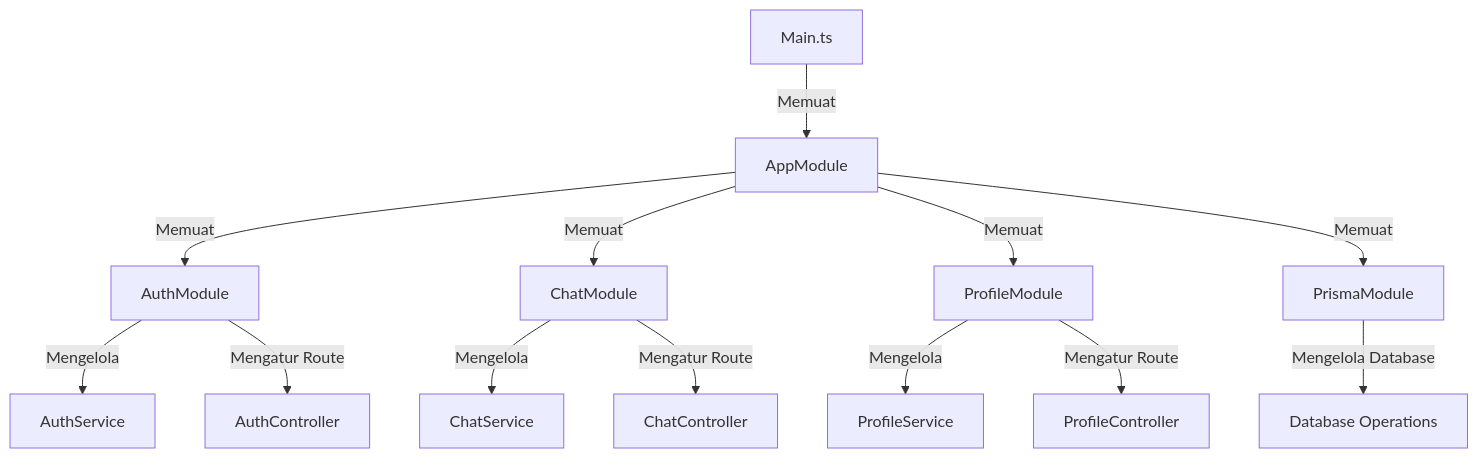
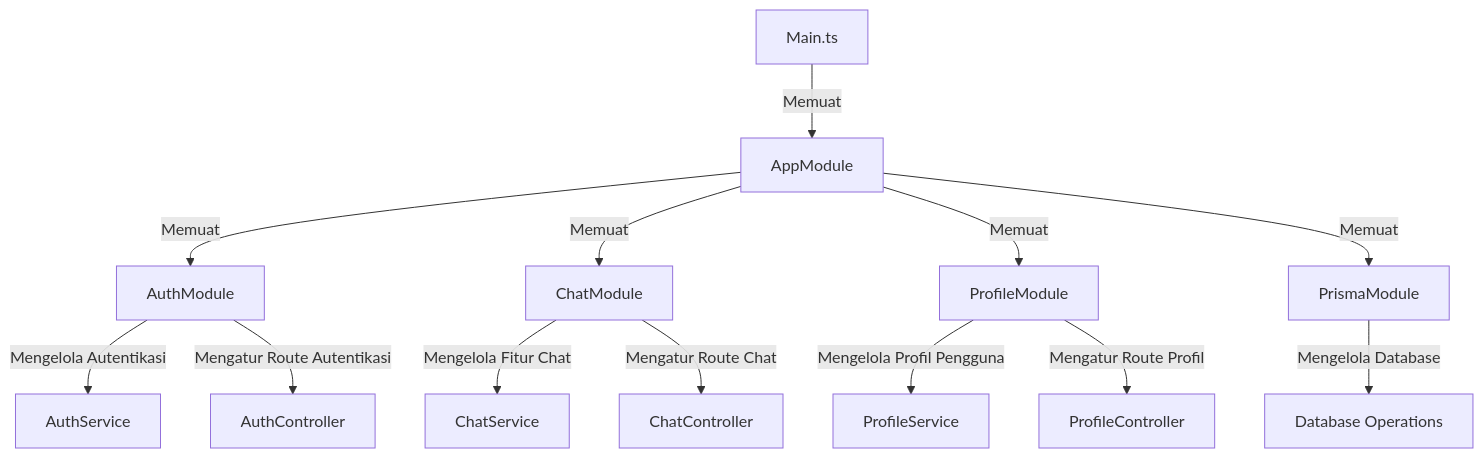
The first of 3 diagrams in README.md (dnotvamp/lab-backend-S5), drawn with Mermaid before and after one commit. The commit also changed other lines of this file, not shown here.

````diff
--- a/README.md
+++ b/README.md
@@ -707,19 +530,19 @@
 ```mermaid
-flowchart
+flowchart TD
     A[Main.ts] -->|Memuat| B[AppModule]
     B -->|Memuat| C[AuthModule]
     B -->|Memuat| D[ChatModule]
     B -->|Memuat| E[ProfileModule]
     B -->|Memuat| F[PrismaModule]
     
-    C -->|Mengelola| G[AuthService]
-    C -->|Mengatur Route| H[AuthController]
+    C -->|Mengelola Autentikasi| G[AuthService]
+    C -->|Mengatur Route Autentikasi| H[AuthController]
     
-    D -->|Mengelola| I[ChatService]
-    D -->|Mengatur Route| J[ChatController]
+    D -->|Mengelola Fitur Chat| I[ChatService]
+    D -->|Mengatur Route Chat| J[ChatController]
     
-    E -->|Mengelola| K[ProfileService]
-    E -->|Mengatur Route| L[ProfileController]
+    E -->|Mengelola Profil Pengguna| K[ProfileService]
+    E -->|Mengatur Route Profil| L[ProfileController]
     
     F -->|Mengelola Database| M[Database Operations]
 ```
````
